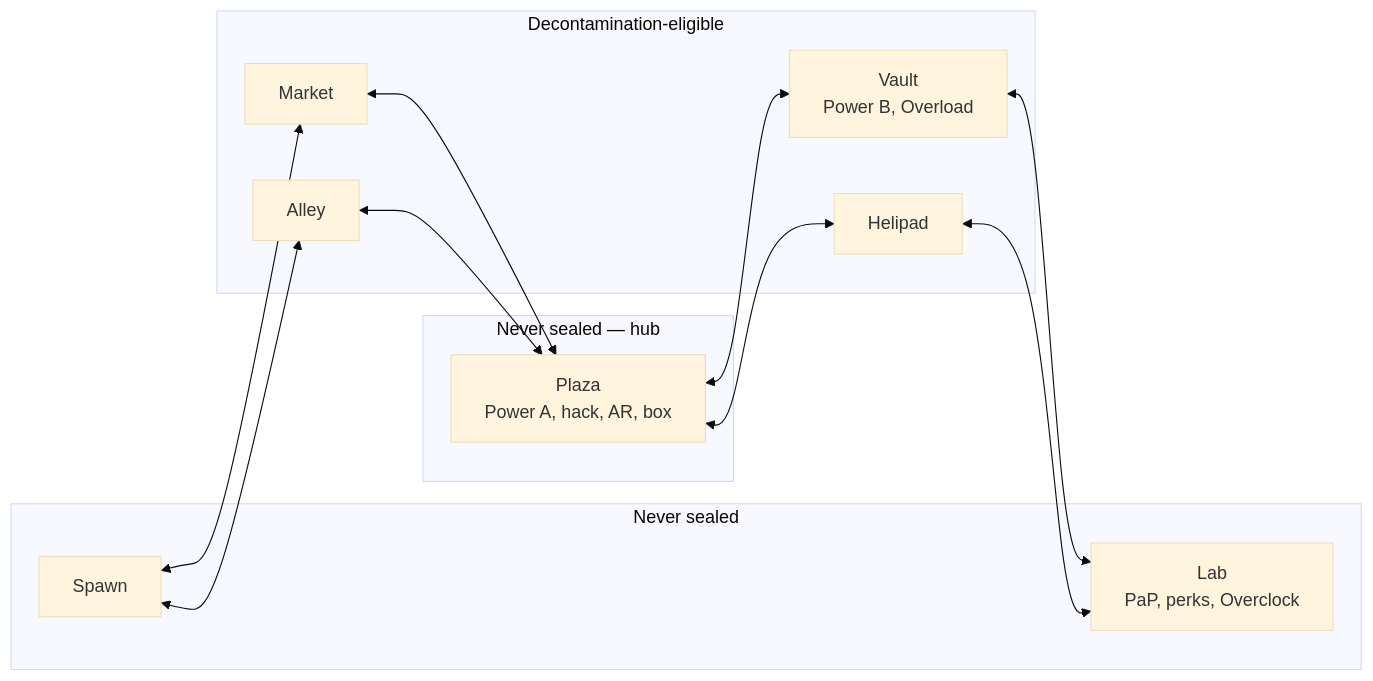
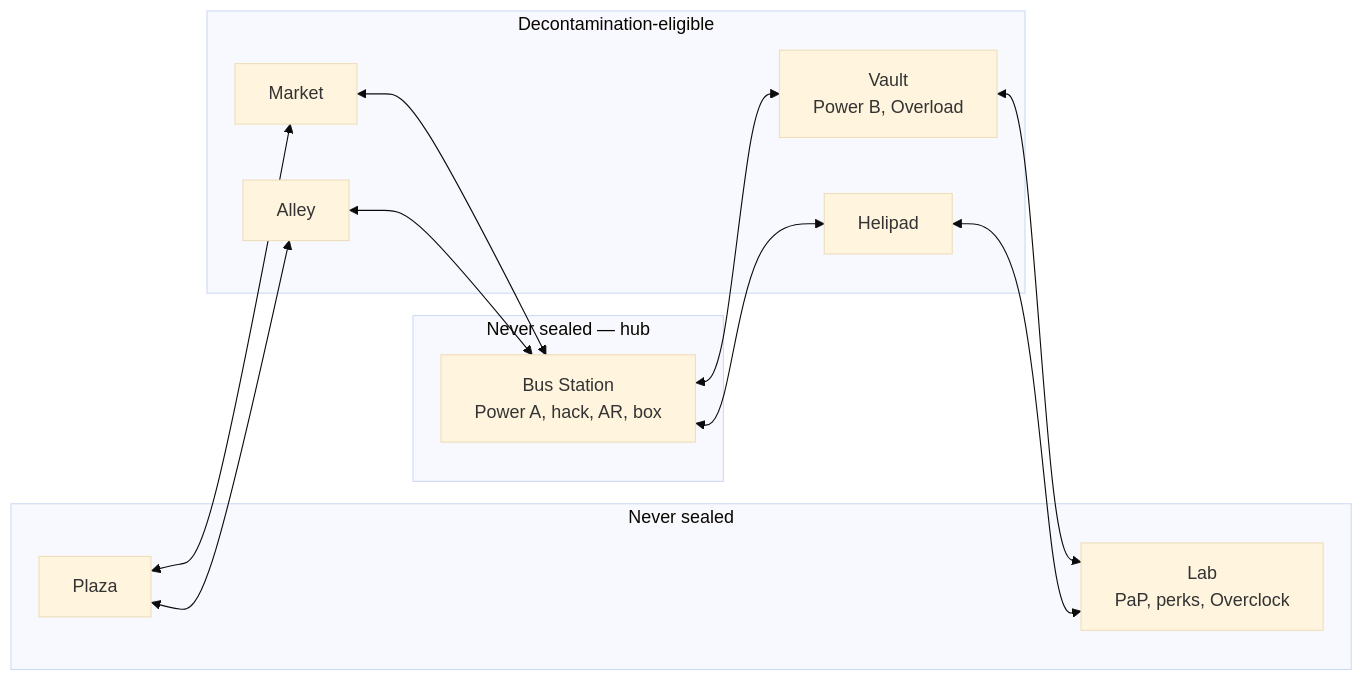
The first of 2 diagrams in docs/03_layout.md (JordanUrbaezLu/abandoned_cyber_city_zombies), drawn with Mermaid (base theme) before and after one commit. The commit also changed other lines of this file and 64 other files, not shown here.

````diff
--- a/docs/03_layout.md
+++ b/docs/03_layout.md
@@ -60,27 +60,27 @@
 ```mermaid
 flowchart LR
     subgraph safe["Never sealed"]
-        SP[Spawn]
+        SP[Plaza]
         LAB[Lab<br/>PaP, perks, Overclock]
     end
 
     subgraph hub["Never sealed — hub"]
-        CORP[Plaza<br/>Power A, hack, AR, box]
+        CORP[Bus Station<br/>Power A, hack, AR, box]
     end
 
     subgraph sealable["Decontamination-eligible"]
         MKT[Market]
         AL[Alley]
         VLT[Vault<br/>Power B, Overload]
         ROOF[Helipad]
     end
 
     SP <--> MKT
     SP <--> AL
     MKT <--> CORP
     AL <--> CORP
     CORP <--> VLT
     CORP <--> ROOF
     VLT <--> LAB
     ROOF <--> LAB
 ```
````
